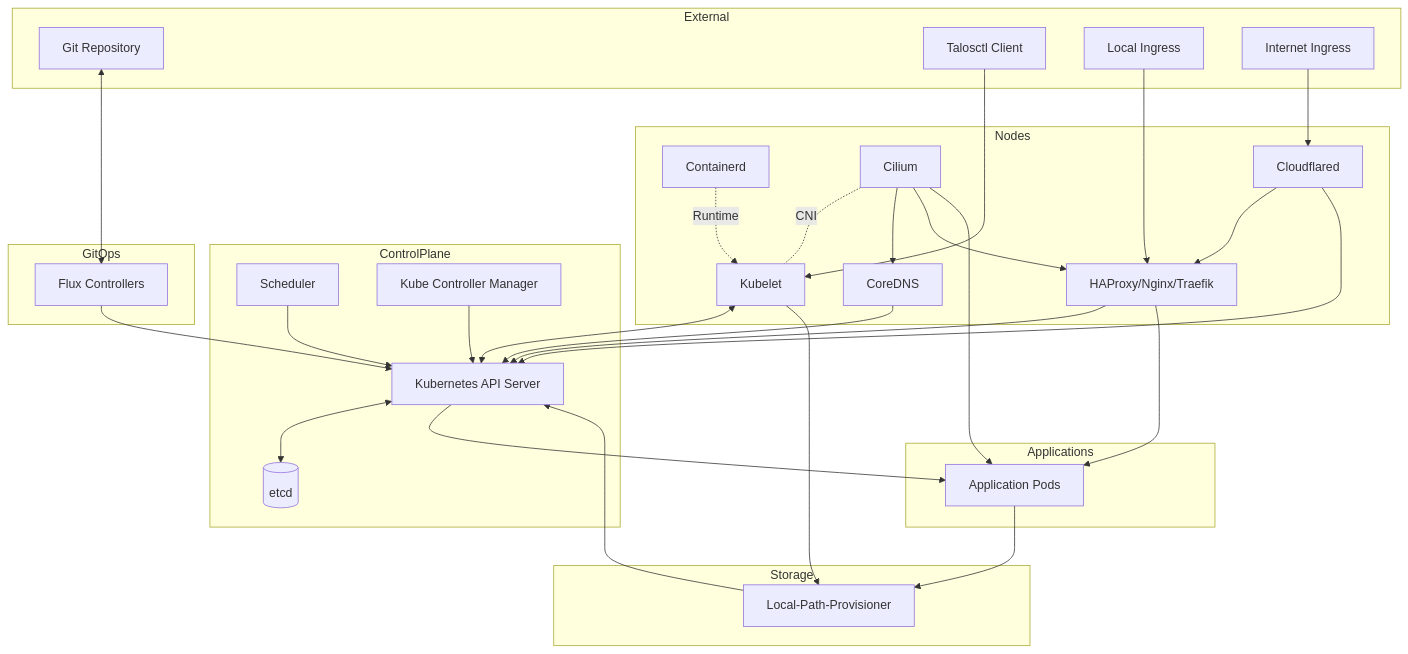
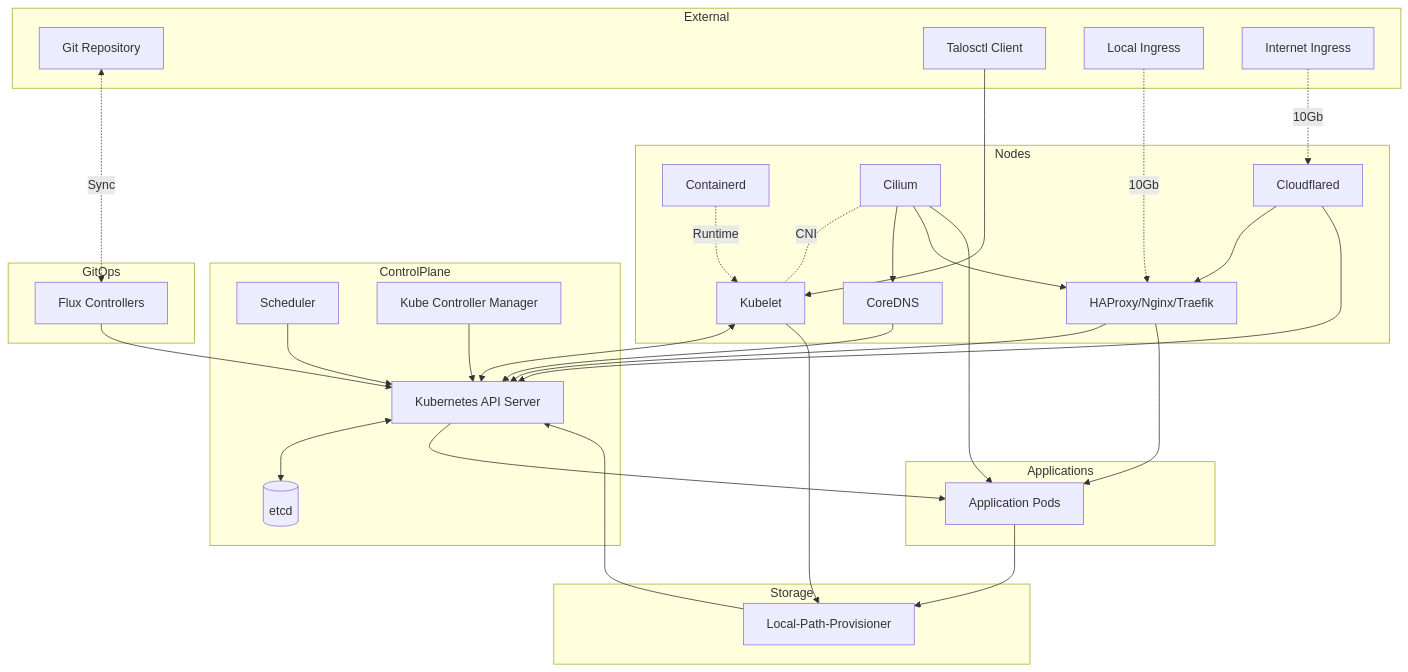
Before and after one commit to 0x4272616E646F6E/homelab: the diagram in README.md, drawn with Mermaid.

````diff
--- a/README.md
+++ b/README.md
@@ -40,74 +40,74 @@
 ```mermaid
 flowchart TD
   %% External
   subgraph External
     GIT[Git Repository]
     USER[Talosctl Client]
     LOCALNET[Local Ingress]
     NET[Internet Ingress]
   end
 
   %% Control Plane
   subgraph ControlPlane
     APIS[Kubernetes API Server]
     ETCD[(etcd)]
     SCHED[Scheduler]
     KCM[Kube Controller Manager]
   end
 
   APIS <--> ETCD
   SCHED --> APIS
   KCM --> APIS
 
   %% GitOps (runs in cluster)
   subgraph GitOps
     FLUX[Flux Controllers]
   end
 
-  GIT <--> FLUX
+  GIT <-. Sync .-> FLUX
   FLUX --> APIS
 
   %% Nodes / Data Plane
   subgraph Nodes
     KUBE[Kubelet]
     CRI[Containerd]
     CIL[Cilium]
     DNS[CoreDNS]
     TRF[HAProxy/Nginx/Traefik]
     CFD[Cloudflared]
   end
 
   KUBE <--> APIS
   CRI -. Runtime .-> KUBE
   CIL -. CNI .- KUBE
   DNS --> APIS
   TRF --> APIS
   CFD --> TRF
-  NET --> CFD
-  LOCALNET --> TRF
+  NET -. 10Gb .-> CFD
+  LOCALNET -. 10Gb .-> TRF
   CFD --> APIS
   CIL --> DNS
   CIL --> TRF
 
 
   %% Storage
   subgraph Storage
     LPP[Local-Path-Provisioner]
   end
 
   LPP --> APIS
   KUBE --> LPP
 
   %% Applications
   subgraph Applications
     APP[Application Pods]
   end
 
   APIS --> APP
   CIL --> APP
   TRF --> APP
   APP --> LPP
 
   %% Talos management
   USER --> KUBE
 ```
````
